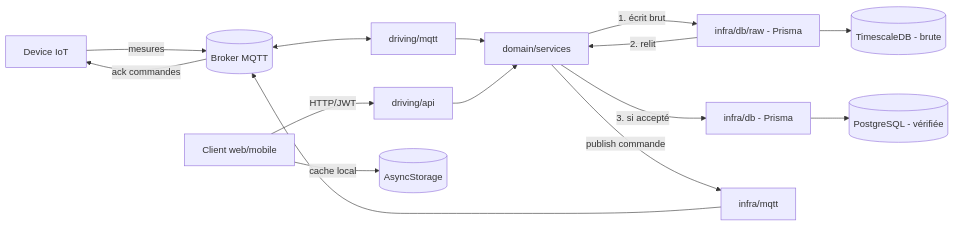
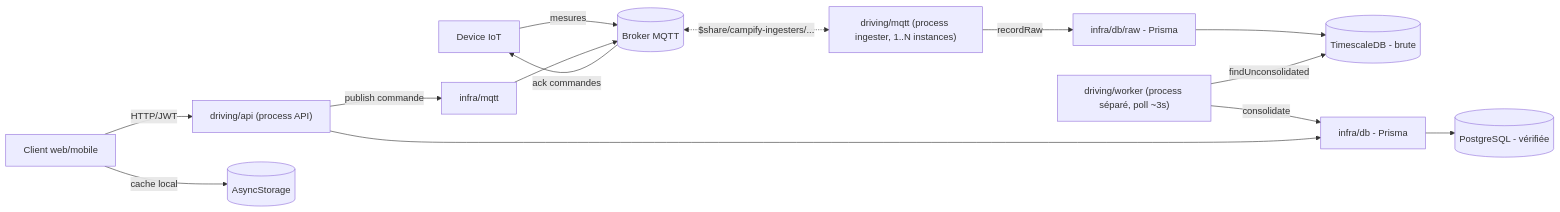
One commit to MaxOuvrard/Campify changed the diagram in docs/architecture.md. Above: the diagram before and after it, drawn with Mermaid. The commit also changed other lines of this file and 6 other files, not shown here.

Commit message:
docs : documenter l'architecture à trois process (API, ingester, worker)

````diff
--- a/docs/architecture.md
+++ b/docs/architecture.md
@@ -54,17 +63,18 @@
 ```mermaid
 flowchart LR
     Device[Device IoT] -- mesures --> Broker[(Broker MQTT)]
     Broker -- ack commandes --> Device
-    Broker <--> MqttDriving[driving/mqtt]
-    MqttDriving --> Domain[domain/services]
-    Domain -- 1. écrit brut --> RawInfra[infra/db/raw - Prisma]
+    Broker <-. "$share/campify-ingesters/..." .-> MqttDriving["driving/mqtt (process ingester, 1..N instances)"]
+    MqttDriving -- recordRaw --> RawInfra[infra/db/raw - Prisma]
     RawInfra --> RawDB[(TimescaleDB - brute)]
-    RawInfra -- 2. relit --> Domain
-    Domain -- 3. si accepté --> Infra[infra/db - Prisma]
+
+    WorkerDriving["driving/worker (process séparé, poll ~3s)"] -- findUnconsolidated --> RawDB
+    WorkerDriving -- consolidate --> Infra[infra/db - Prisma]
     Infra --> DB[(PostgreSQL - vérifiée)]
-    Client[Client web/mobile] -- HTTP/JWT --> ApiDriving[driving/api]
-    ApiDriving --> Domain
+
+    Client[Client web/mobile] -- HTTP/JWT --> ApiDriving["driving/api (process API)"]
+    ApiDriving --> Infra
     Client -- cache local --> MobileCache[(AsyncStorage)]
-    Domain -- publish commande --> InfraMqtt[infra/mqtt]
+    ApiDriving -- publish commande --> InfraMqtt[infra/mqtt]
     InfraMqtt --> Broker
 ```
````
